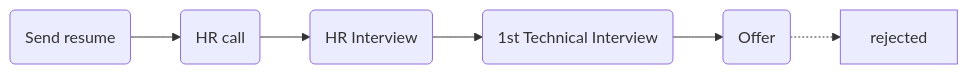
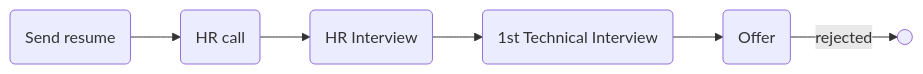
One commit to mo1ein/jobname changed the diagram in cpol.md. Above: the diagram before and after it, drawn with Mermaid.

````diff
--- a/cpol.md
+++ b/cpol.md
@@ -4,7 +4,7 @@
 ```mermaid
 flowchart LR
     sr(Send resume) --> hr(HR call)
     hr(HR call) --> hri(HR Interview)
     hri(HR Interview) --> ti1(1st Technical Interview)
-    ti1(1st Technical Interview) --> o(Offer) -.-> rejected
+    ti1(1st Technical Interview) --> o(Offer) --rejected--> r((" "))
 ```
````
